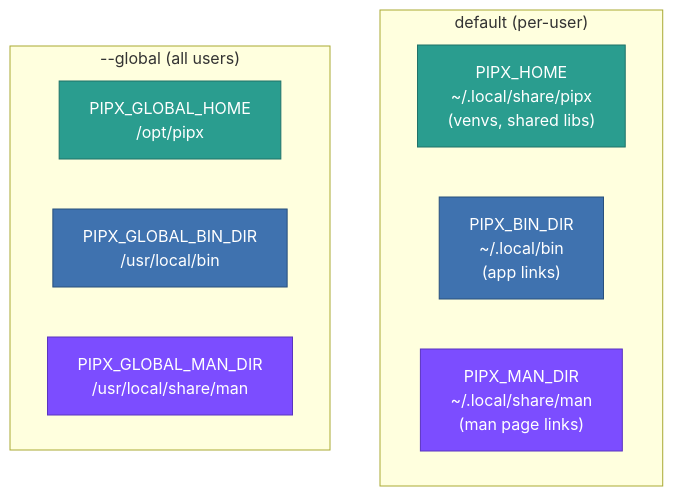
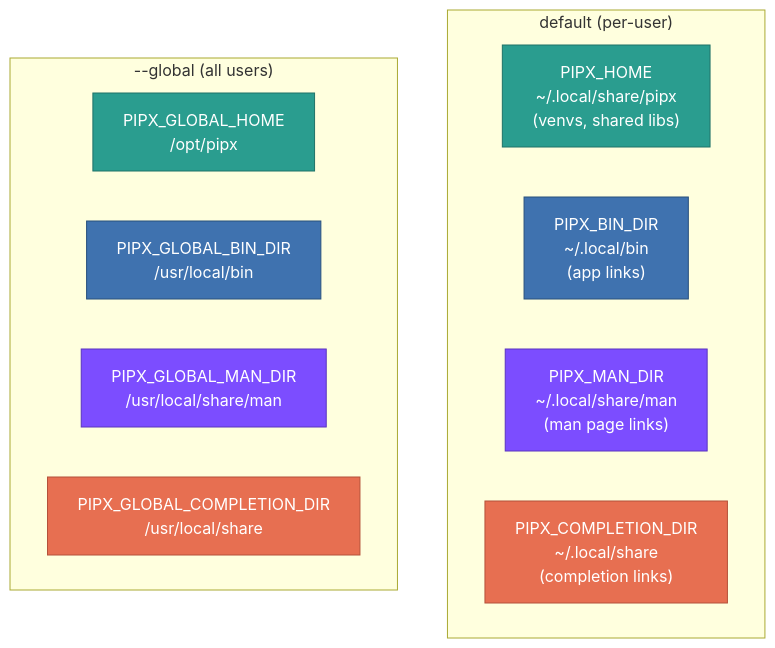
One commit to pypa/pipx changed the diagram in docs/how-to/configure-paths.rst. Above: the diagram before and after it, drawn with Mermaid. The commit also changed other lines of this file and 29 other files, not shown here.

```diff
--- a/docs/how-to/configure-paths.rst
+++ b/docs/how-to/configure-paths.rst
@@ -13,20 +13,24 @@
 .. mermaid::
 
     flowchart TD
         subgraph local["default (per-user)"]
             H1["PIPX_HOME<br/>~/.local/share/pipx<br/>(venvs, shared libs)"]
             B1["PIPX_BIN_DIR<br/>~/.local/bin<br/>(app links)"]
             M1["PIPX_MAN_DIR<br/>~/.local/share/man<br/>(man page links)"]
+            C1["PIPX_COMPLETION_DIR<br/>~/.local/share<br/>(completion links)"]
         end
         subgraph glob["--global (all users)"]
             H2["PIPX_GLOBAL_HOME<br/>/opt/pipx"]
             B2["PIPX_GLOBAL_BIN_DIR<br/>/usr/local/bin"]
             M2["PIPX_GLOBAL_MAN_DIR<br/>/usr/local/share/man"]
+            C2["PIPX_GLOBAL_COMPLETION_DIR<br/>/usr/local/share"]
         end
 
         classDef home fill:#2a9d8f,stroke:#1f7268,color:#fff;
         classDef bin fill:#3f72af,stroke:#28507d,color:#fff;
         classDef man fill:#7c4dff,stroke:#5a34c0,color:#fff;
+        classDef completion fill:#e76f51,stroke:#b4513a,color:#fff;
         class H1,H2 home;
         class B1,B2 bin;
         class M1,M2 man;
+        class C1,C2 completion;
```
